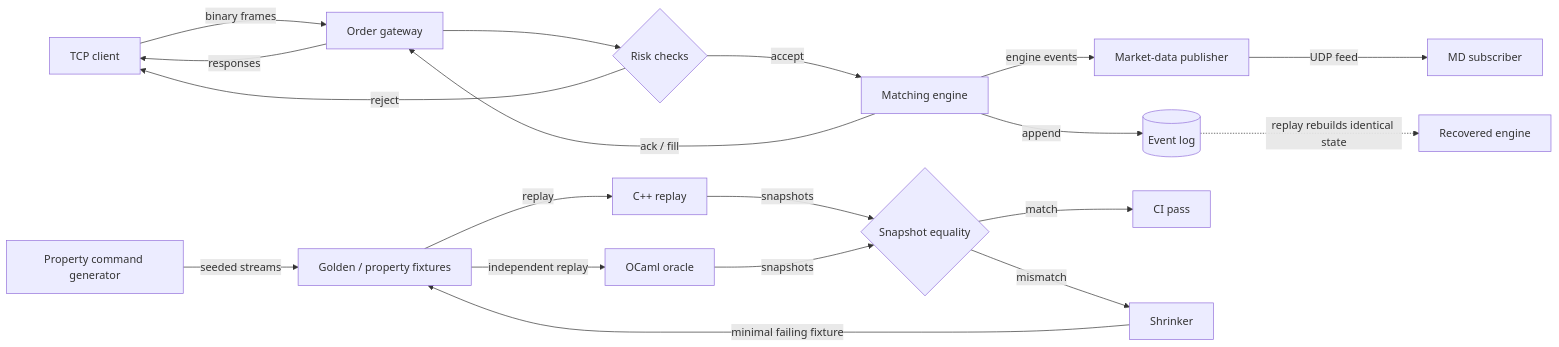
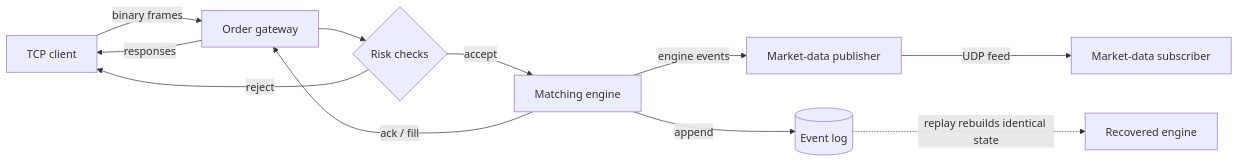
One commit to div0rce/quant-systems-lab changed the diagram in README.md. Above: the diagram before and after it, drawn with Mermaid. The commit also changed other lines of this file and 15 other files, not shown here.

First line of the commit message:
docs: refresh repository documentation for current architecture (#78)

````diff
--- a/README.md
+++ b/README.md
@@ -19,26 +19,13 @@
 ```mermaid
 flowchart LR
     client[TCP client] -->|binary frames| gw[Order gateway]
     gw --> risk{Risk checks}
     risk -->|reject| client
     risk -->|accept| eng[Matching engine]
-
     eng -->|ack / fill| gw
     gw -->|responses| client
-
     eng -->|engine events| pub[Market-data publisher]
-    pub -->|UDP feed| sub[MD subscriber]
-
+    pub -->|UDP feed| sub[Market-data subscriber]
     eng -->|append| log[(Event log)]
     log -.->|replay rebuilds identical state| rec[Recovered engine]
-
-    gen[Property command generator] -->|seeded streams| fix[Golden / property fixtures]
-    fix -->|replay| cpp[C++ replay]
-    fix -->|independent replay| ocaml[OCaml oracle]
-    cpp -->|snapshots| diff{Snapshot equality}
-    ocaml -->|snapshots| diff
-
-    diff -->|match| ci[CI pass]
-    diff -->|mismatch| shrink[Shrinker]
-    shrink -->|minimal failing fixture| fix
 ```
````
